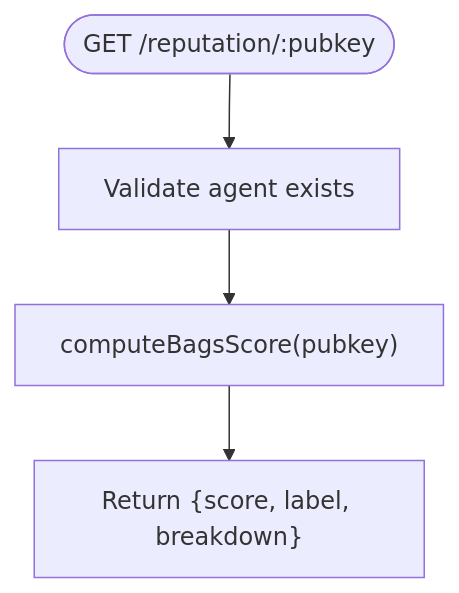
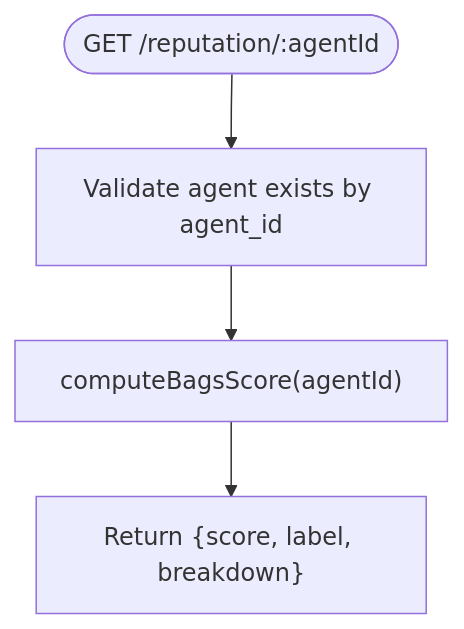
The sixth of 10 diagrams in .qoder/repowiki/en/content/Frontend Application/API Integration.md (RunTimeAdmin/AgentID), drawn with Mermaid before and after one commit. The commit also changed other lines of this file and 31 other files, not shown here.

````diff
--- a/.qoder/repowiki/en/content/Frontend Application/API Integration.md
+++ b/.qoder/repowiki/en/content/Frontend Application/API Integration.md
@@ -262,6 +287,6 @@
 ```mermaid
 flowchart TD
-Start(["GET /reputation/:pubkey"]) --> ValidateAgent["Validate agent exists"]
-ValidateAgent --> Compute["computeBagsScore(pubkey)"]
+Start(["GET /reputation/:agentId"]) --> ValidateAgent["Validate agent exists by agent_id"]
+ValidateAgent --> Compute["computeBagsScore(agentId)"]
 Compute --> ReturnRep["Return {score, label, breakdown}"]
 ```
````
